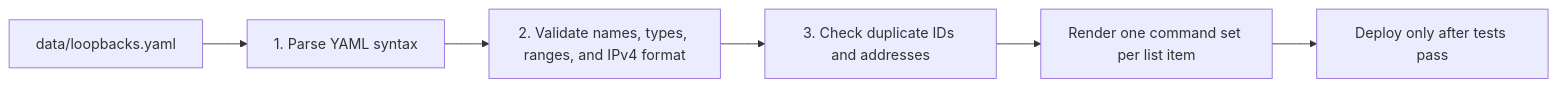
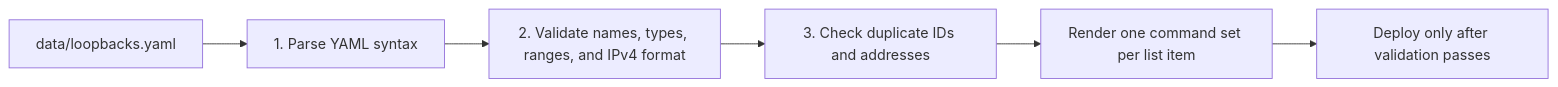
The second of 3 diagrams in LAB/Lab2/Lab2.md (tanthanh85/CCNPAUTO), drawn with Mermaid before and after one commit. The commit also changed other lines of this file and 7 other files, not shown here.

````diff
--- a/LAB/Lab2/Lab2.md
+++ b/LAB/Lab2/Lab2.md
@@ -422,8 +416,8 @@
 ```mermaid
 flowchart LR
     File["data/loopbacks.yaml"] --> YAML["1. Parse YAML syntax"]
     YAML --> Schema["2. Validate names, types, ranges, and IPv4 format"]
     Schema --> Semantic["3. Check duplicate IDs and addresses"]
     Semantic --> Render["Render one command set per list item"]
-    Render --> Deploy["Deploy only after tests pass"]
+    Render --> Deploy["Deploy only after validation passes"]
 ```
````
